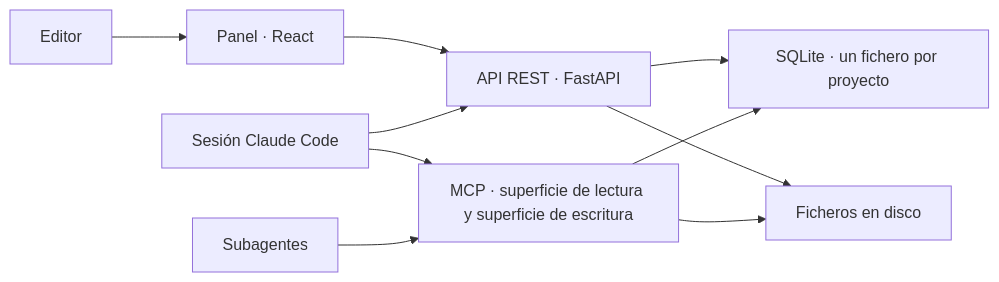
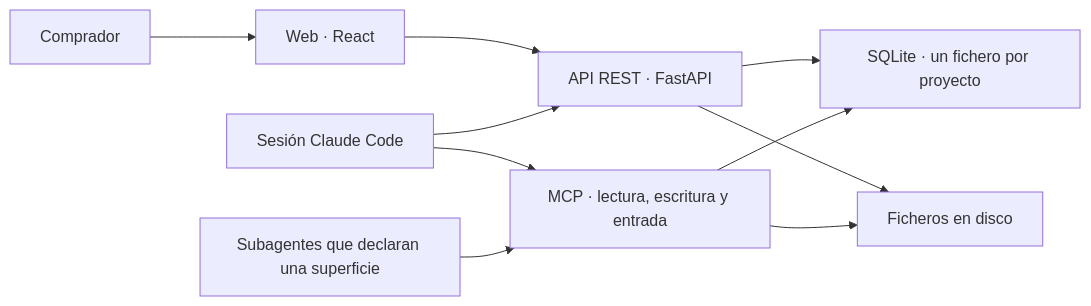
The first of 2 diagrams in specs/spec1.md (Asieribarz/my-story-marker), drawn with Mermaid before and after one commit. The commit also changed other lines of this file and 6 other files, not shown here.

````diff
--- a/specs/spec1.md
+++ b/specs/spec1.md
@@ -91,12 +91,12 @@
 ```mermaid
 flowchart LR
-  ED["Editor"] --> PAN["Panel · React"]
+  ED["Comprador"] --> PAN["Web · React"]
   PAN --> API["API REST · FastAPI"]
-  CC["Sesión Claude Code"] --> MCP["MCP · superficie de lectura y superficie de escritura"]
+  CC["Sesión Claude Code"] --> MCP["MCP · lectura, escritura y entrada"]
   CC --> API
   API --> DB["SQLite · un fichero por proyecto"]
   MCP --> DB
   API --> FS["Ficheros en disco"]
   MCP --> FS
-  SUB["Subagentes"] --> MCP
+  SUB["Subagentes que declaran una superficie"] --> MCP
 ```
````
